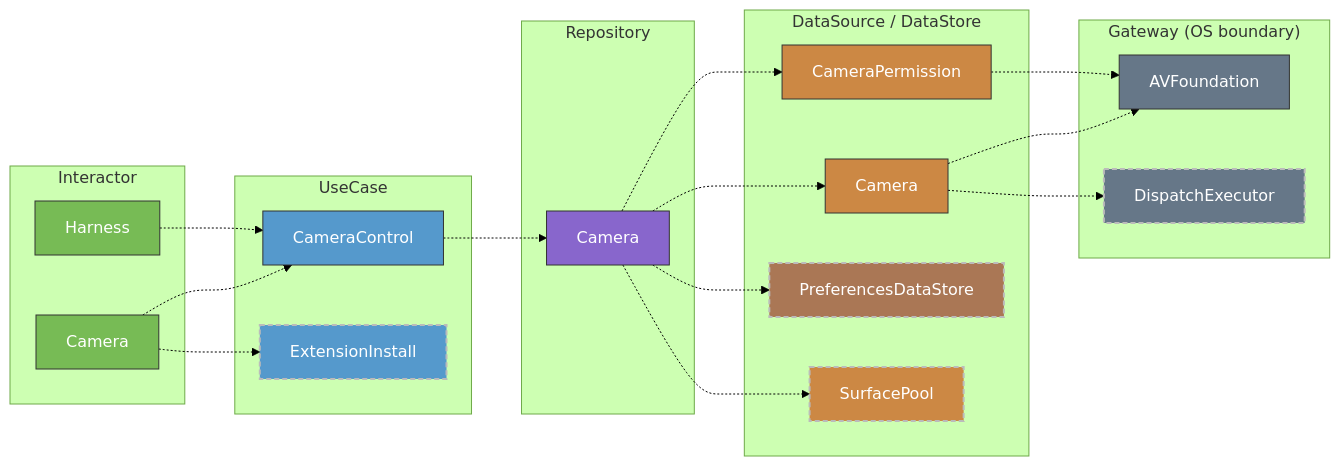
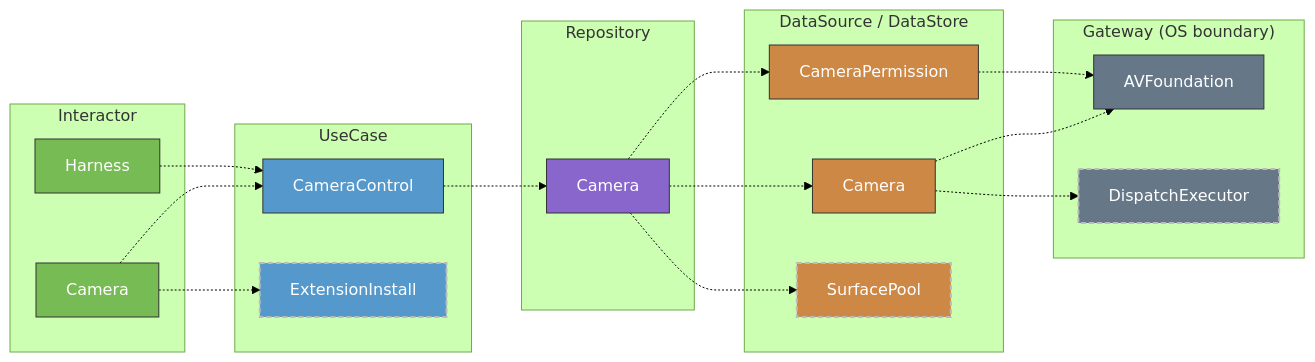
Before and after one commit to GeneralD/mirage: the fourth of 9 diagrams in docs/ARCHITECTURE.md, drawn with Mermaid (forest theme). The commit also changed other lines of this file, not shown here.

Commit message:
docs(architecture): address review feedback on frame path diagrams

````diff
--- a/docs/ARCHITECTURE.md
+++ b/docs/ARCHITECTURE.md
@@ -213,44 +213,41 @@
 ```mermaid
 graph LR
   subgraph Area0a_int["Interactor"]
     CameraInteractor["Camera"]:::int
     HarnessInteractor["Harness"]:::int
   end
   subgraph Area0a_uc["UseCase"]
     CameraControlUseCase["CameraControl"]:::uc
     ExtensionInstallUseCase["ExtensionInstall"]:::ucx
   end
   subgraph Area0a_repo["Repository"]
     CameraRepository["Camera"]:::repo
   end
   subgraph Area0a_ds["DataSource / DataStore"]
     CameraDataSource["Camera"]:::ds
     CameraPermissionDataSource["CameraPermission"]:::ds
-    PreferencesDataStore:::dstorex
     SurfacePoolDataSource["SurfacePool"]:::dsx
   end
   subgraph Area0a_gw["Gateway (OS boundary)"]
     AVFoundationGateway["AVFoundation"]:::gw
     DispatchExecutorGateway["DispatchExecutor"]:::gwx
   end
   CameraInteractor -.-> CameraControlUseCase
   CameraInteractor -.-> ExtensionInstallUseCase
   HarnessInteractor -.-> CameraControlUseCase
   CameraControlUseCase -.-> CameraRepository
   CameraRepository -.-> CameraDataSource
   CameraRepository -.-> CameraPermissionDataSource
-  CameraRepository -.-> PreferencesDataStore
   CameraRepository -.-> SurfacePoolDataSource
   CameraDataSource -.-> AVFoundationGateway
   CameraDataSource -.-> DispatchExecutorGateway
   CameraPermissionDataSource -.-> AVFoundationGateway
   classDef ds fill:#c84,stroke:#333,color:#fff
   classDef dsx fill:#c84,stroke:#bbb,stroke-width:2px,stroke-dasharray:5 3,color:#fff
-  classDef dstorex fill:#a75,stroke:#bbb,stroke-width:2px,stroke-dasharray:5 3,color:#fff
   classDef gw fill:#678,stroke:#333,color:#fff
   classDef gwx fill:#678,stroke:#bbb,stroke-width:2px,stroke-dasharray:5 3,color:#fff
   classDef int fill:#7b5,stroke:#333,color:#fff
   classDef repo fill:#86c,stroke:#333,color:#fff
   classDef uc fill:#59c,stroke:#333,color:#fff
   classDef ucx fill:#59c,stroke:#bbb,stroke-width:2px,stroke-dasharray:5 3,color:#fff
 ```
````
